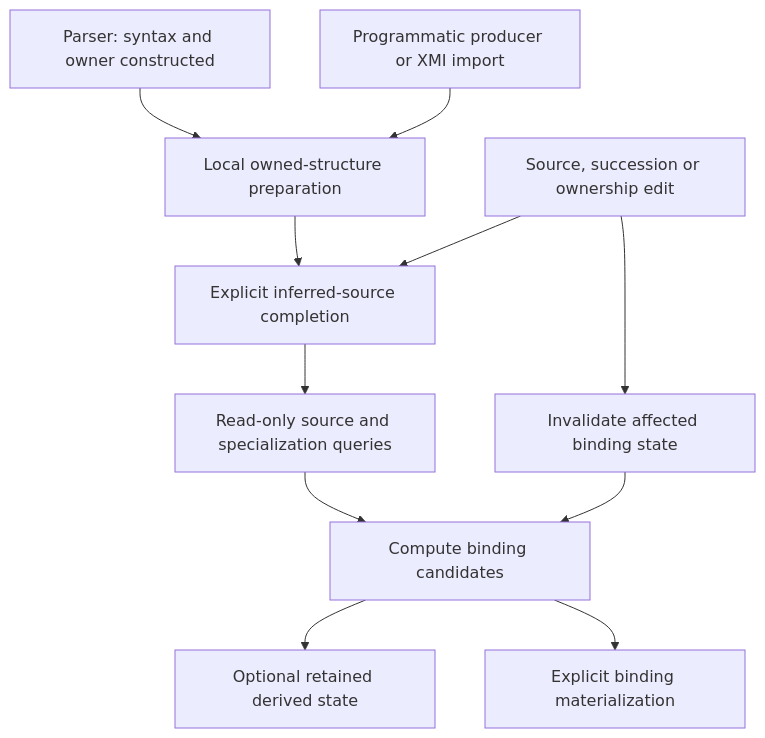
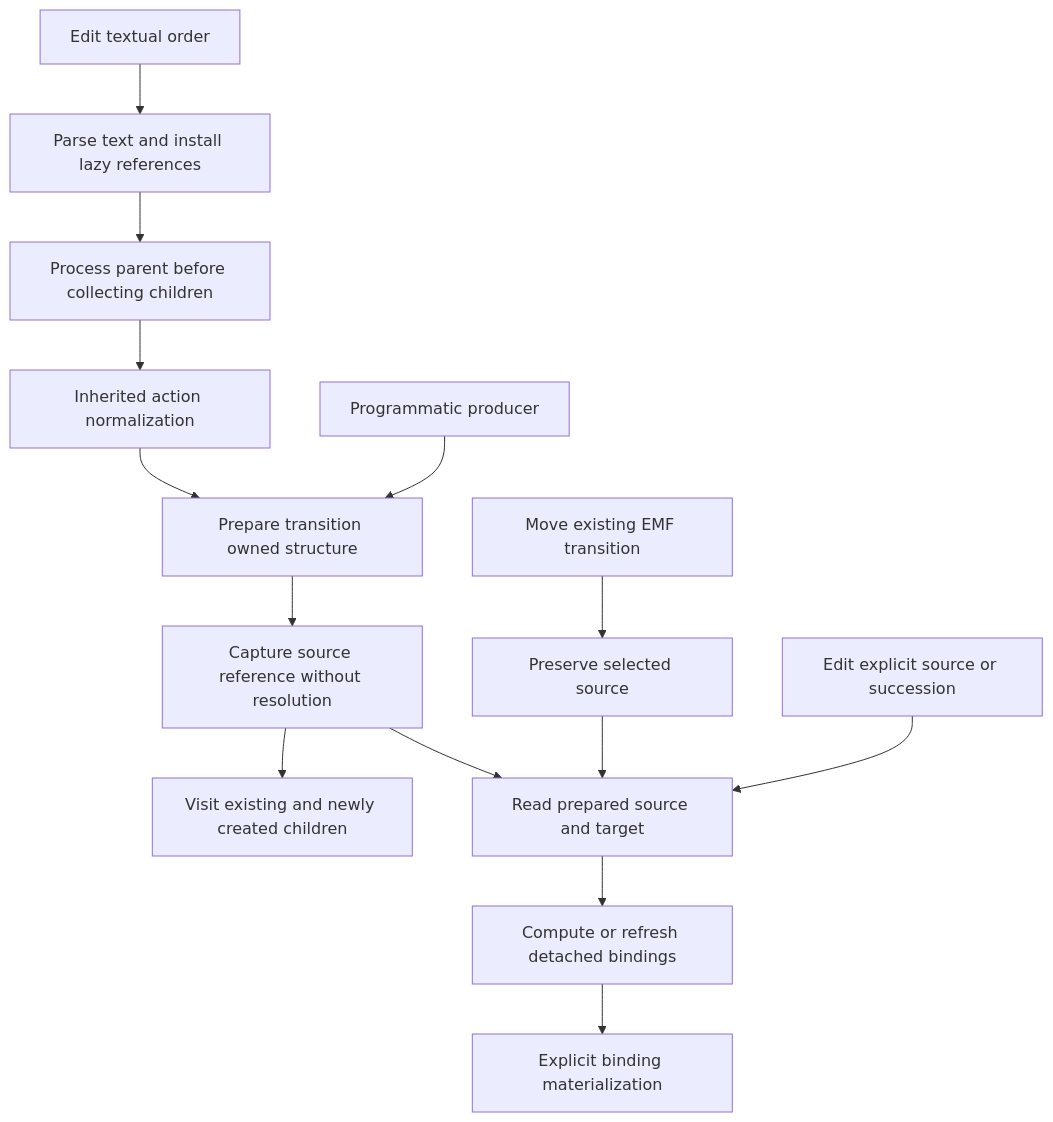
The diagram in org.omg.sysml.logic/doc/transition-preparation.md (ObeoNetwork/SysML-v2-Pilot-Implementation), drawn with Mermaid before and after one commit. The commit also changed other lines of this file and 11 other files, not shown here.

Commit message:
ST6RI-982 Move transition structure preparation out of semantic getters

````diff
--- a/org.omg.sysml.logic/doc/transition-preparation.md
+++ b/org.omg.sysml.logic/doc/transition-preparation.md
@@ -147,13 +99,16 @@
 ```mermaid
 flowchart TD
-    Parser[Parser: syntax and owner constructed] --> Prepare[Local owned-structure preparation]
-    Producer[Programmatic producer or XMI import] --> Prepare
-    Prepare --> Source[Explicit inferred-source completion]
-    Source --> Reads[Read-only source and specialization queries]
-    Reads --> Bindings[Compute binding candidates]
-    Bindings --> Cache[Optional retained derived state]
-    Bindings --> Materialize[Explicit binding materialization]
-    Edit[Source, succession or ownership edit] --> Source
-    Edit --> Invalidate[Invalidate affected binding state]
-    Invalidate --> Bindings
+    Parse[Parse text and install lazy references] --> Traverse[Process parent before collecting children]
+    Traverse --> Normalize[Inherited action normalization]
+    Normalize --> Structure[Prepare transition owned structure]
+    Structure --> Complete[Capture source reference without resolution]
+    Complete --> Children[Visit existing and newly created children]
+    Producer[Programmatic producer] --> Structure
+    Complete --> Read[Read prepared source and target]
+    Read --> Bind[Compute or refresh detached bindings]
+    Bind --> Materialize[Explicit binding materialization]
+    Move[Move existing EMF transition] --> Preserve[Preserve selected source]
+    Preserve --> Read
+    Text[Edit textual order] --> Parse
+    Edit[Edit explicit source or succession] --> Read
 ```
````
